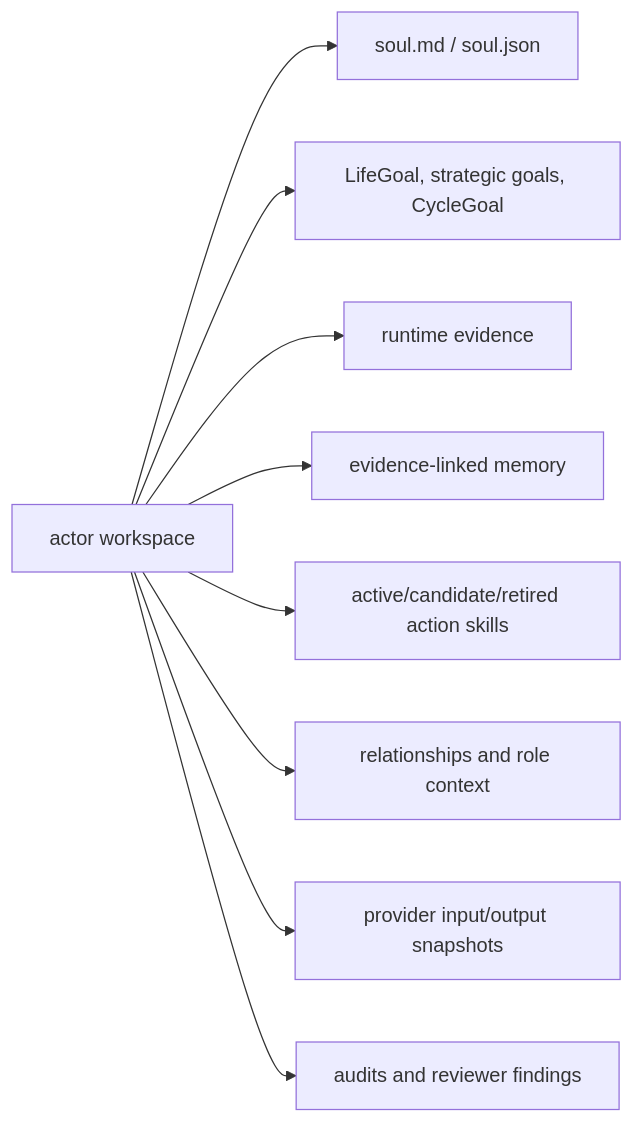
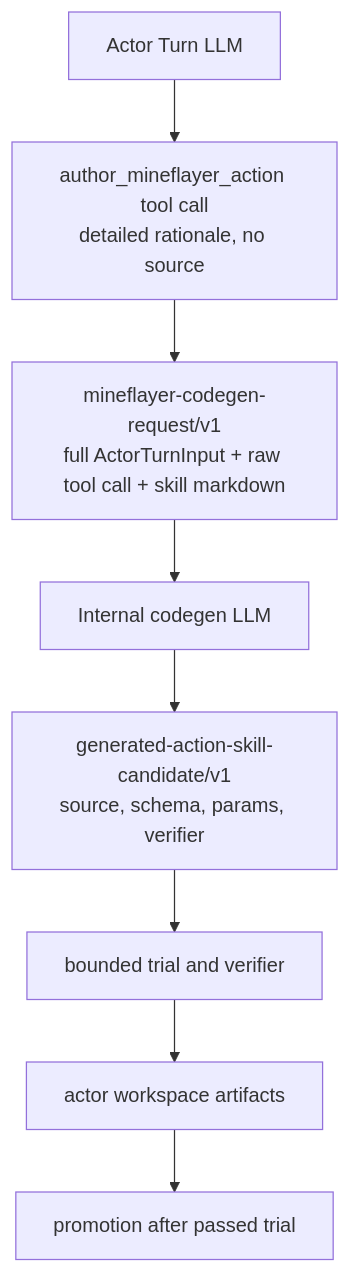
Before and after one commit to gigio1023/minecraft-llm-agent-community: the sixth of 6 diagrams in CURRENT_IMPLEMENTATION_ARCHITECTURE_REVIEW.md, drawn with Mermaid. The commit also changed other lines of this file and 218 other files, not shown here.

Commit message:
Align Actor Turn tool calling runtime

````diff
--- a/CURRENT_IMPLEMENTATION_ARCHITECTURE_REVIEW.md
+++ b/CURRENT_IMPLEMENTATION_ARCHITECTURE_REVIEW.md
@@ -431,21 +259,13 @@
 ```mermaid
-flowchart LR
-  Workspace["actor workspace"]
-  Soul["soul.md / soul.json"]
-  Goals["LifeGoal, strategic goals, CycleGoal"]
-  Evidence["runtime evidence"]
-  Memory["evidence-linked memory"]
-  Skills["active/candidate/retired action skills"]
-  Relations["relationships and role context"]
-  ProviderIO["provider input/output snapshots"]
-  Reviews["audits and reviewer findings"]
+flowchart TD
+  Turn["Actor Turn LLM"]
+  Author["author_mineflayer_action tool call<br/>detailed rationale, no source"]
+  Request["mineflayer-codegen-request/v1<br/>full ActorTurnInput + raw tool call + skill markdown"]
+  Codegen["Internal codegen LLM"]
+  Candidate["generated-action-skill-candidate/v1<br/>source, schema, params, verifier"]
+  Trial["bounded trial and verifier"]
+  Workspace["actor workspace artifacts"]
+  Promote["promotion after passed trial"]
 
-  Workspace --> Soul
-  Workspace --> Goals
-  Workspace --> Evidence
-  Workspace --> Memory
-  Workspace --> Skills
-  Workspace --> Relations
-  Workspace --> ProviderIO
-  Workspace --> Reviews
+  Turn --> Author --> Request --> Codegen --> Candidate --> Trial --> Workspace --> Promote
 ```
````
